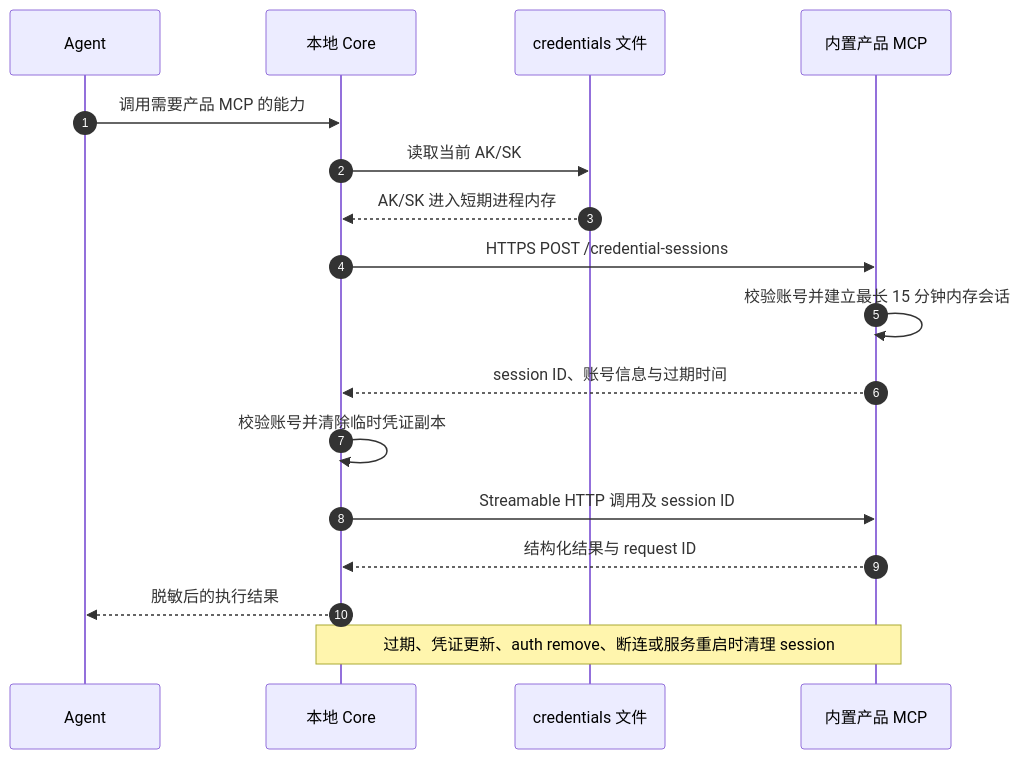
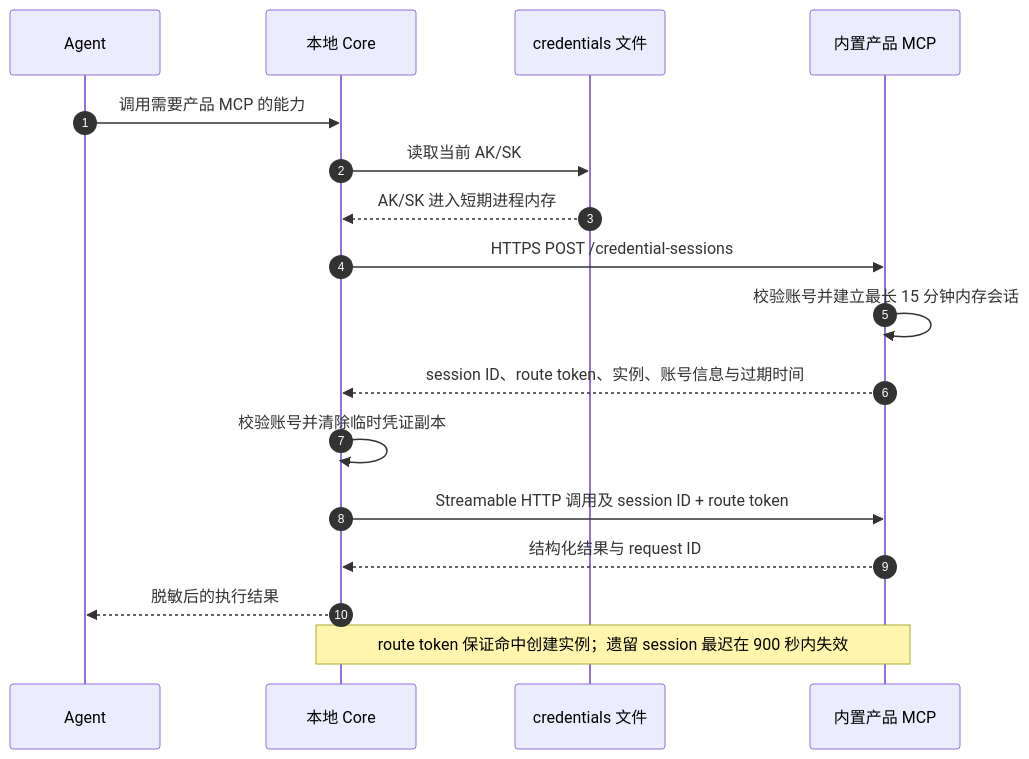
Before and after one commit to huaweicloud-mate/huaweicloud-mate: the third of 3 diagrams in docs/技术架构.md, drawn with Mermaid. The commit also changed other lines of this file and 17 other files, not shown here.

````diff
--- a/docs/技术架构.md
+++ b/docs/技术架构.md
@@ -314,20 +357,20 @@
 ```mermaid
 sequenceDiagram
   autonumber
   participant A as Agent
   participant C as 本地 Core
   participant F as credentials 文件
   participant P as 内置产品 MCP
 
   A->>C: 调用需要产品 MCP 的能力
   C->>F: 读取当前 AK/SK
   F-->>C: AK/SK 进入短期进程内存
   C->>P: HTTPS POST /credential-sessions
   P->>P: 校验账号并建立最长 15 分钟内存会话
-  P-->>C: session ID、账号信息与过期时间
+  P-->>C: session ID、route token、实例、账号信息与过期时间
   C->>C: 校验账号并清除临时凭证副本
-  C->>P: Streamable HTTP 调用及 session ID
+  C->>P: Streamable HTTP 调用及 session ID + route token
   P-->>C: 结构化结果与 request ID
   C-->>A: 脱敏后的执行结果
-  Note over C,P: 过期、凭证更新、auth remove、断连或服务重启时清理 session
+  Note over C,P: route token 保证命中创建实例；遗留 session 最迟在 900 秒内失效
 ```
````
